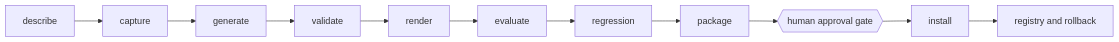
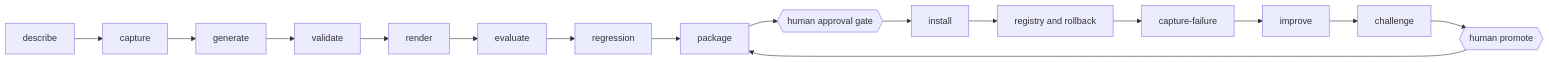
Before and after one commit to Jimmycarroll2021/skill-factory: the diagram in README.md, drawn with Mermaid. The commit also changed other lines of this file and 7 other files, not shown here.

````diff
--- a/README.md
+++ b/README.md
@@ -16,13 +16,18 @@
 ```mermaid
 flowchart LR
     A[describe] --> B[capture]
     B --> C[generate]
     C --> D[validate]
     D --> E[render]
     E --> F[evaluate]
     F --> G[regression]
     G --> H[package]
     H --> I{{human approval gate}}
     I --> J[install]
     J --> K[registry and rollback]
+    K --> L[capture-failure]
+    L --> M[improve]
+    M --> N[challenge]
+    N --> O{{human promote}}
+    O --> H
 ```
````
